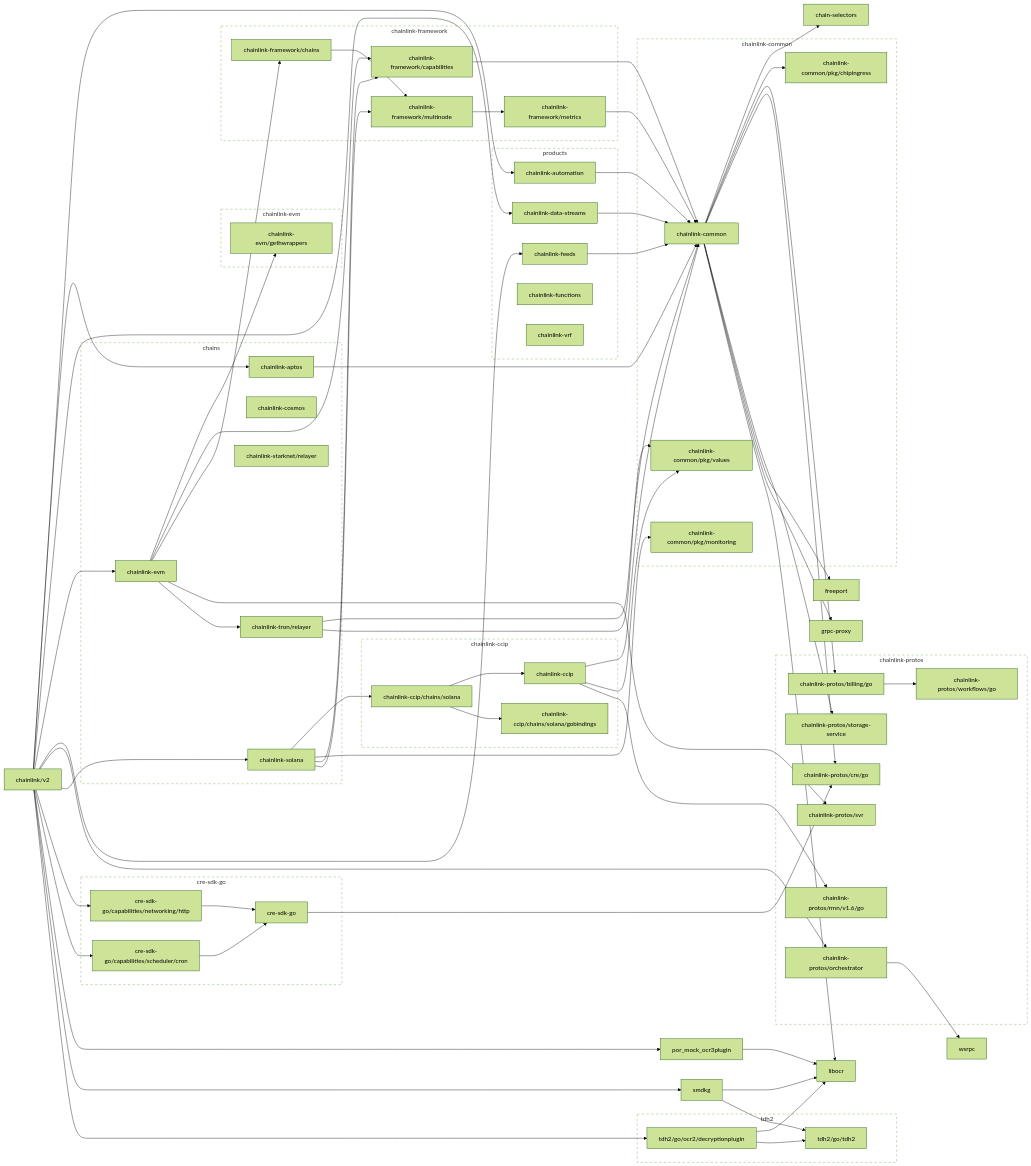
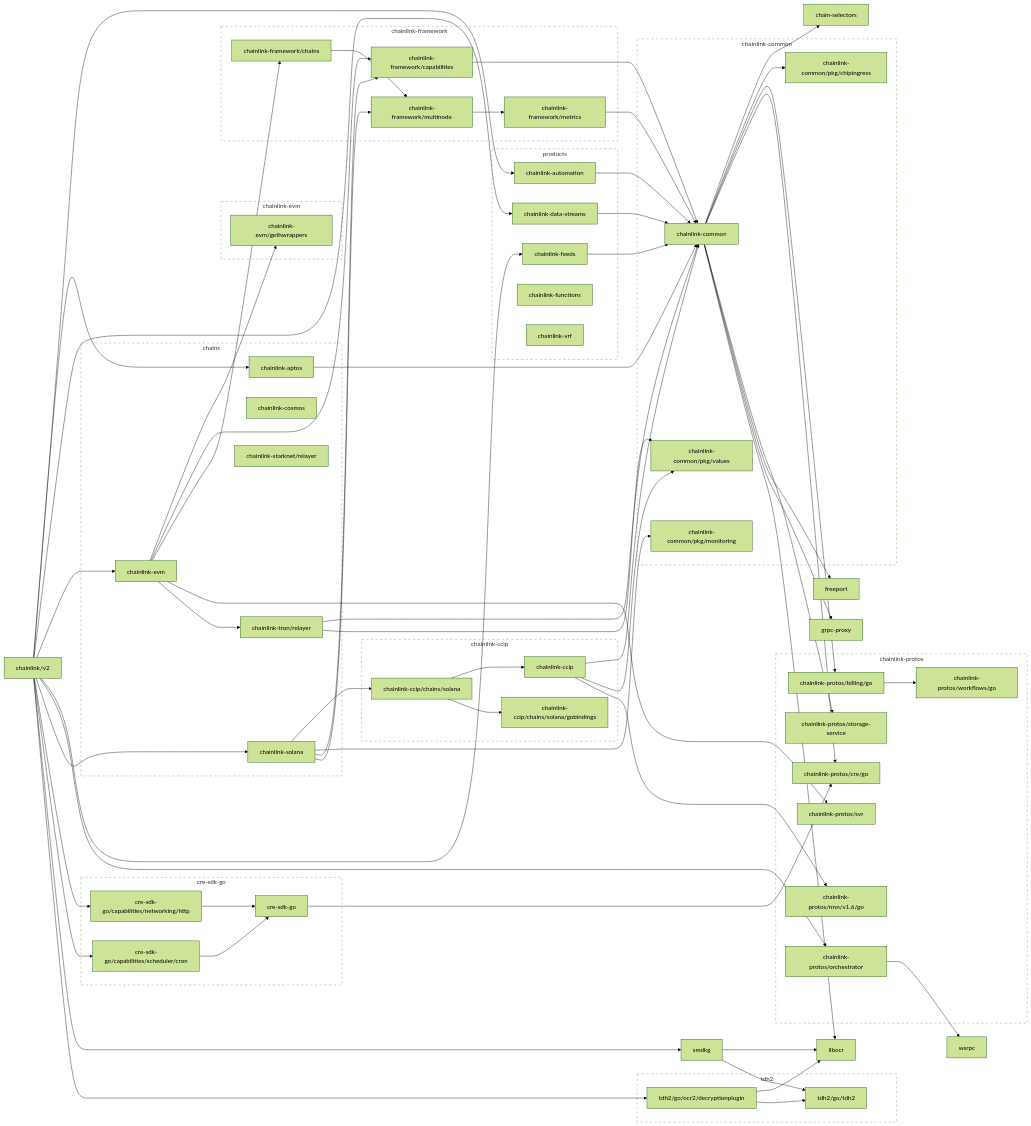
The first of 2 diagrams in go.md (smartcontractkit/chainlink), drawn with Mermaid (forest theme) before and after one commit. The commit also changed other lines of this file and 20 other files, not shown here.

```diff
--- a/go.md
+++ b/go.md
@@ -103,7 +103,6 @@
 	chainlink/v2 --> chainlink-solana
 	chainlink/v2 --> cre-sdk-go/capabilities/networking/http
 	chainlink/v2 --> cre-sdk-go/capabilities/scheduler/cron
-	chainlink/v2 --> por_mock_ocr3plugin
 	chainlink/v2 --> smdkg
 	chainlink/v2 --> tdh2/go/ocr2/decryptionplugin
 	click chainlink/v2 href "https://github.com/smartcontractkit/chainlink"
@@ -119,8 +118,6 @@
 	click grpc-proxy href "https://github.com/smartcontractkit/grpc-proxy"
 	libocr
 	click libocr href "https://github.com/smartcontractkit/libocr"
-	por_mock_ocr3plugin --> libocr
-	click por_mock_ocr3plugin href "https://github.com/smartcontractkit/por_mock_ocr3plugin"
 	smdkg --> libocr
 	smdkg --> tdh2/go/tdh2
 	click smdkg href "https://github.com/smartcontractkit/smdkg"
```
